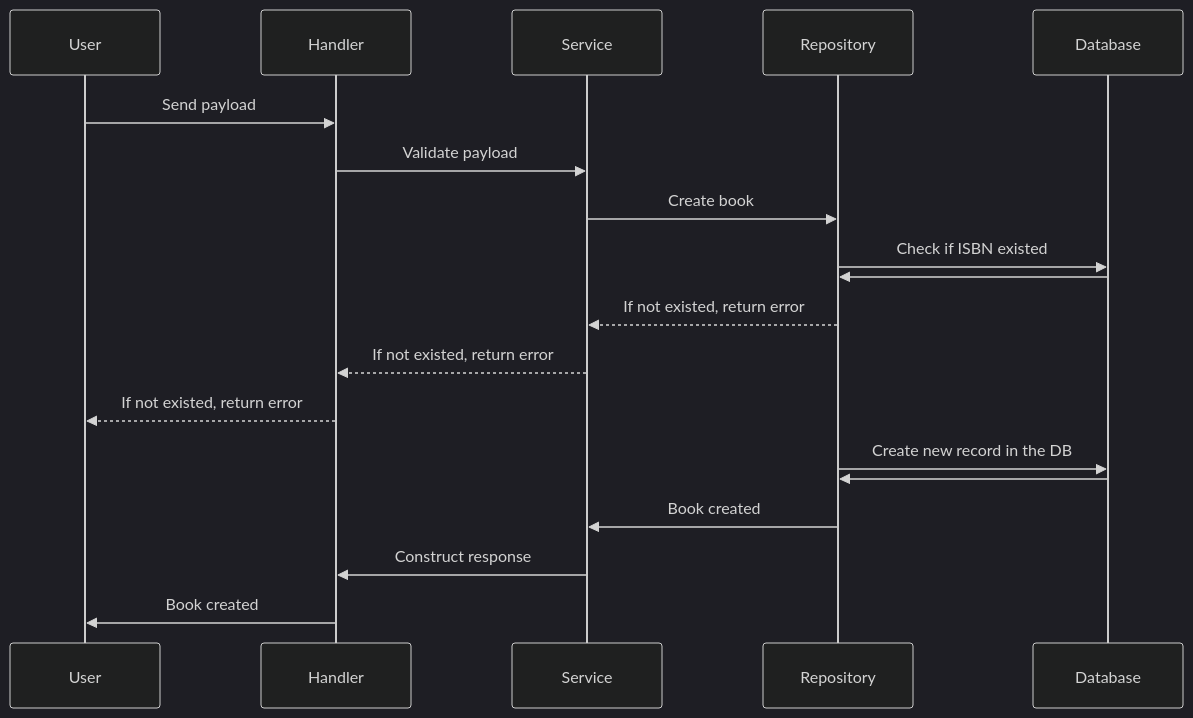
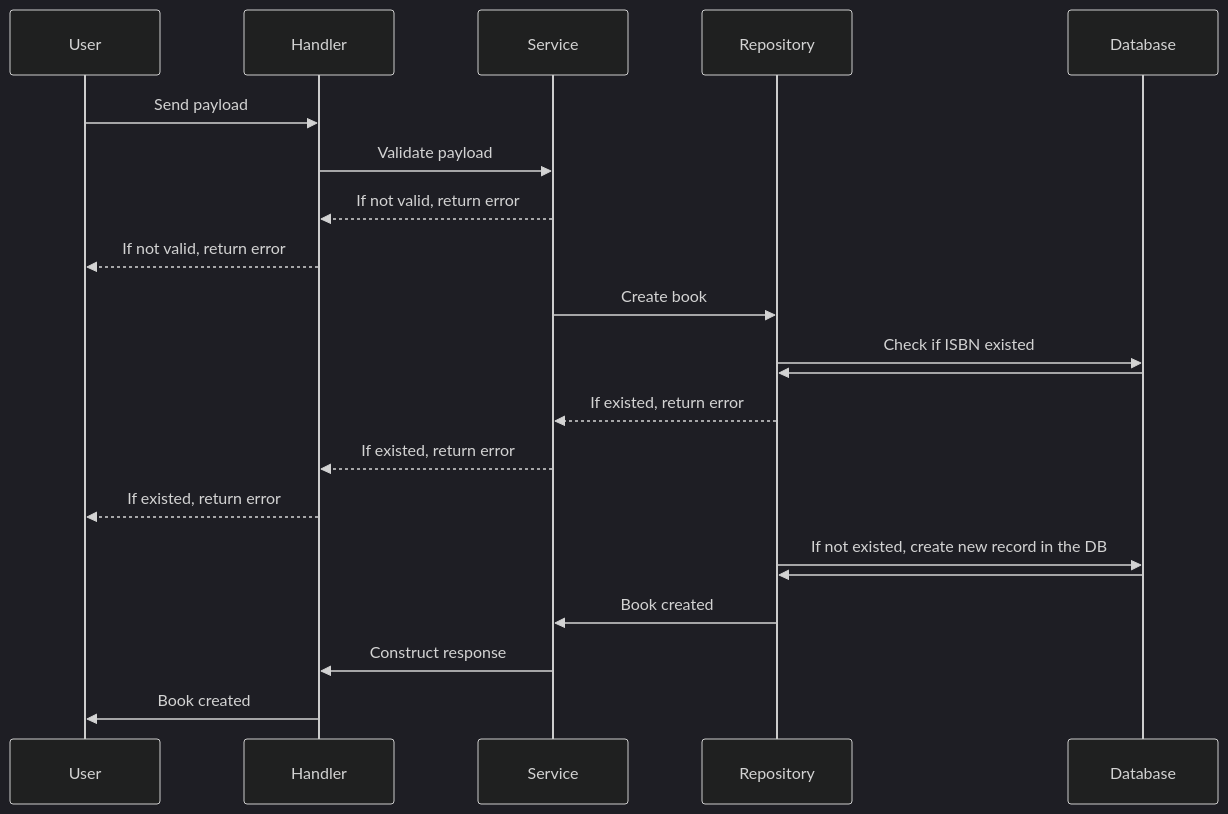
Before and after one commit to liberocks/isbn: the first of 5 diagrams in README.md, drawn with Mermaid (dark theme).

Commit message:
add endpoint documentation (2)

````diff
--- a/README.md
+++ b/README.md
@@ -30,18 +30,20 @@
 ```mermaid
 sequenceDiagram
     accTitle: Create a book
 
     User->>Handler: Send payload
     Handler->>Service: Validate payload
+    Service-->>Handler: If not valid, return error
+    Handler-->>User: If not valid, return error
     Service->>Repository: Create book
     Repository->>Database: Check if ISBN existed
     Database->>Repository: 
-    Repository-->>Service: If not existed, return error
-    Service-->>Handler: If not existed, return error
-    Handler-->>User: If not existed, return error
-    Repository->>Database: Create new record in the DB
+    Repository-->>Service: If existed, return error
+    Service-->>Handler: If existed, return error
+    Handler-->>User: If existed, return error
+    Repository->>Database: If not existed, create new record in the DB
     Database->>Repository: 
     Repository->>Service: Book created
     Service->>Handler: Construct response
     Handler->>User: Book created
 ```
````
